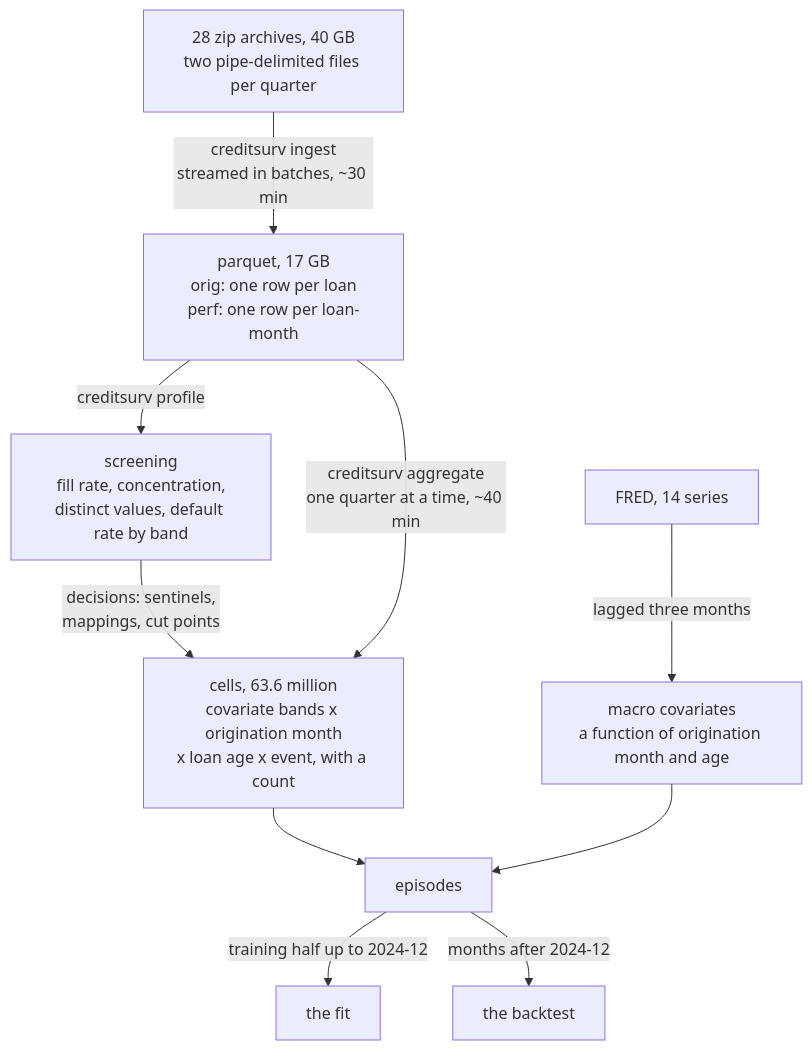
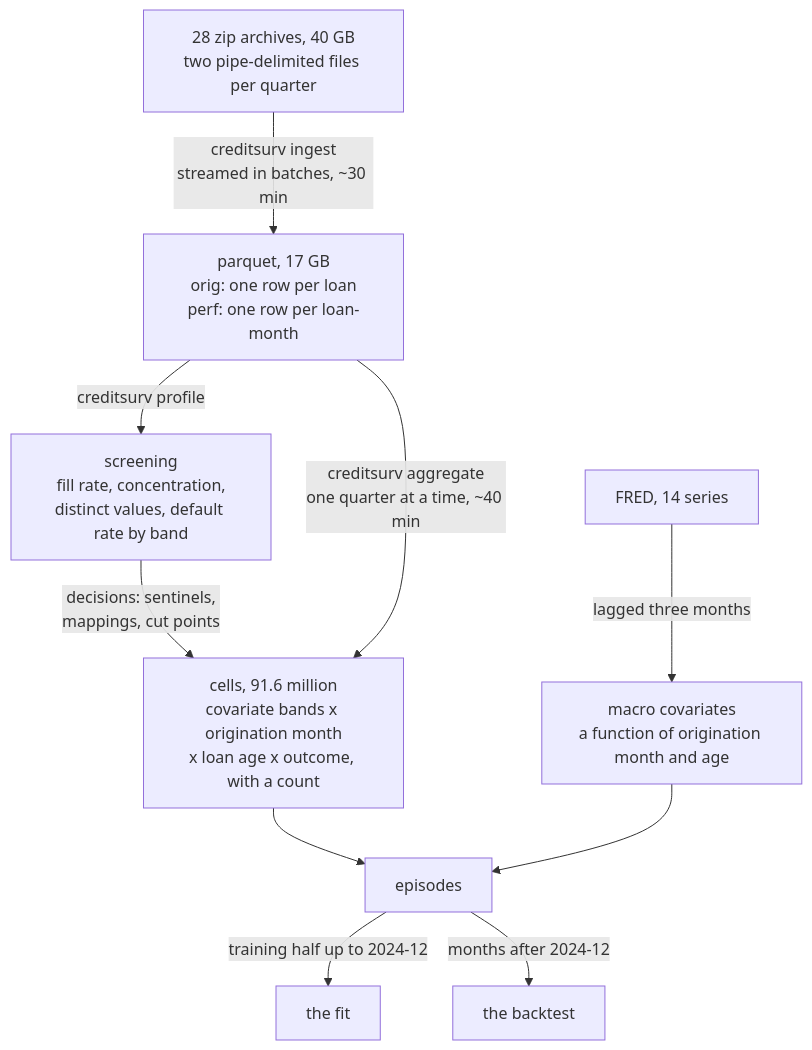
The first of 2 diagrams in docs/data.md (LorenzoPerrella/credit-game), drawn with Mermaid before and after one commit. The commit also changed 14 other files, not shown here.

````diff
--- a/docs/data.md
+++ b/docs/data.md
@@ -27,13 +27,13 @@
 ```mermaid
 flowchart TD
     Z["28 zip archives, 40 GB<br/>two pipe-delimited files per quarter"]
     Z -->|"creditsurv ingest<br/>streamed in batches, ~30 min"| P["parquet, 17 GB<br/>orig: one row per loan<br/>perf: one row per loan-month"]
     P -->|"creditsurv profile"| S["screening<br/>fill rate, concentration,<br/>distinct values, default rate by band"]
     S -->|"decisions: sentinels,<br/>mappings, cut points"| A
-    P -->|"creditsurv aggregate<br/>one quarter at a time, ~40 min"| A["cells, 63.6 million<br/>covariate bands x origination month<br/>x loan age x event, with a count"]
+    P -->|"creditsurv aggregate<br/>one quarter at a time, ~40 min"| A["cells, 91.6 million<br/>covariate bands x origination month<br/>x loan age x outcome, with a count"]
     F["FRED, 14 series"] -->|"lagged three months"| M["macro covariates<br/>a function of origination month and age"]
     A --> E["episodes"]
     M --> E
     E -->|"training half up to 2024-12"| T["the fit"]
     E -->|"months after 2024-12"| B["the backtest"]
 ```
````
